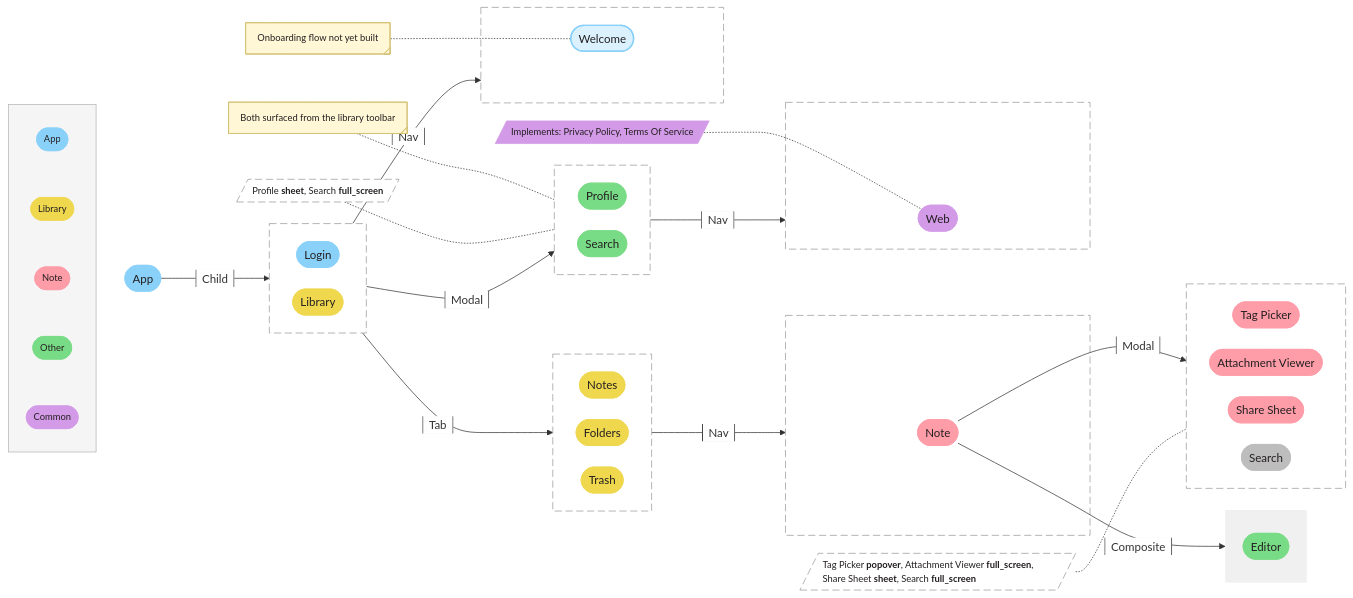
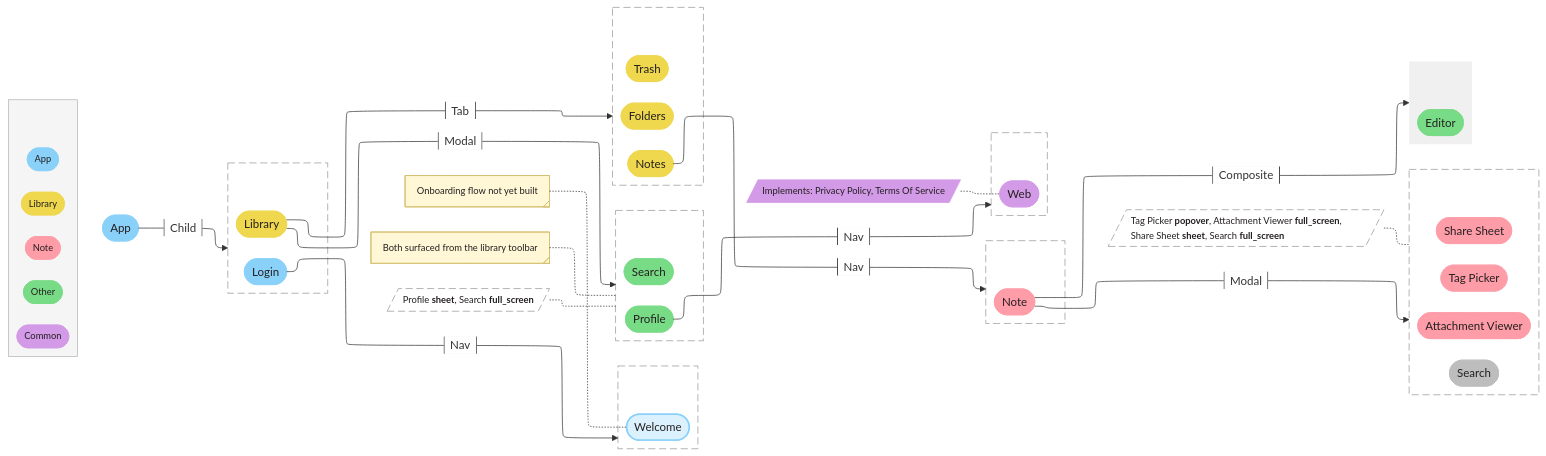
One commit to SwiftKickMobile/skai changed the diagram in Guides/UIMap/ui-map-demo.md. Above: the diagram before and after it, drawn with Mermaid. The commit also changed other lines of this file and 2 other files, not shown here.

First line of the commit message:
UI Map renderer: lay maps out with ELK, simple placement

````diff
--- a/Guides/UIMap/ui-map-demo.md
+++ b/Guides/UIMap/ui-map-demo.md
@@ -79,6 +79,9 @@
 ```mermaid
 ---
 config:
+  layout: elk
+  elk:
+    nodePlacementStrategy: SIMPLE
   flowchart:
     diagramPadding: 20
     padding: 12
````
